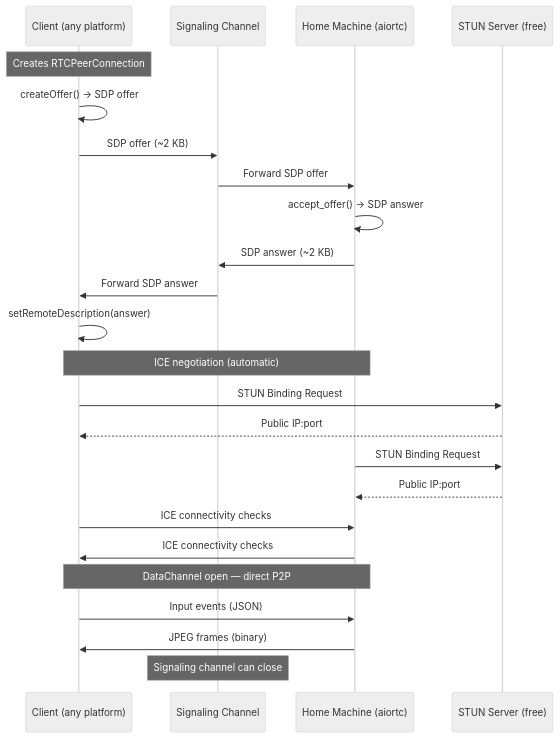
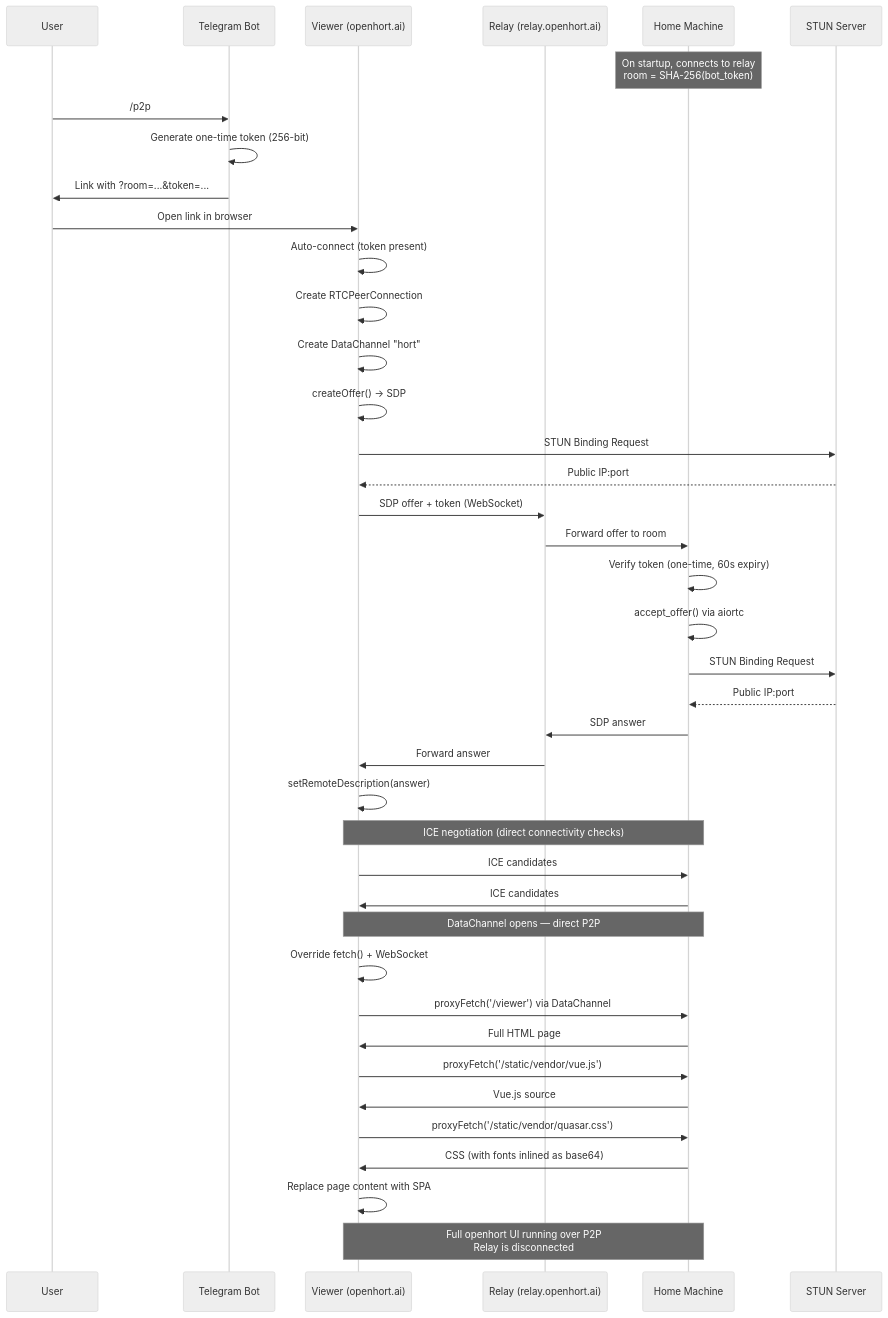
The second of 7 diagrams in docs/coding/peer2peer.md (openhort/openhort), drawn with Mermaid (neutral theme) before and after one commit. The commit also changed other lines of this file and 10 other files, not shown here.

````diff
--- a/docs/coding/peer2peer.md
+++ b/docs/coding/peer2peer.md
@@ -50,27 +69,50 @@
 ```mermaid
 sequenceDiagram
-    participant C as Client (any platform)
-    participant T as Signaling Channel
-    participant H as Home Machine (aiortc)
-    participant S as STUN Server (free)
+    participant U as User
+    participant TG as Telegram Bot
+    participant V as Viewer (openhort.ai)
+    participant R as Relay (relay.openhort.ai)
+    participant H as Home Machine
+    participant S as STUN Server
 
-    Note over C: Creates RTCPeerConnection
-    C->>C: createOffer() → SDP offer
-    C->>T: SDP offer (~2 KB)
-    T->>H: Forward SDP offer
-    H->>H: accept_offer() → SDP answer
-    H->>T: SDP answer (~2 KB)
-    T->>C: Forward SDP answer
-    C->>C: setRemoteDescription(answer)
-    Note over C,H: ICE negotiation (automatic)
-    C->>S: STUN Binding Request
-    S-->>C: Public IP:port
+    Note over H: On startup, connects to relay<br/>room = SHA-256(bot_token)
+
+    U->>TG: /p2p
+    TG->>TG: Generate one-time token (256-bit)
+    TG->>U: Link with ?room=...&token=...
+
+    U->>V: Open link in browser
+    V->>V: Auto-connect (token present)
+    V->>V: Create RTCPeerConnection
+    V->>V: Create DataChannel "hort"
+    V->>V: createOffer() → SDP
+    V->>S: STUN Binding Request
+    S-->>V: Public IP:port
+    V->>R: SDP offer + token (WebSocket)
+
+    R->>H: Forward offer to room
+    H->>H: Verify token (one-time, 60s expiry)
+    H->>H: accept_offer() via aiortc
     H->>S: STUN Binding Request
     S-->>H: Public IP:port
-    C->>H: ICE connectivity checks
-    H->>C: ICE connectivity checks
-    Note over C,H: DataChannel open — direct P2P
-    C->>H: Input events (JSON)
-    H->>C: JPEG frames (binary)
-    Note over T: Signaling channel can close
+    H->>R: SDP answer
+    R->>V: Forward answer
+
+    V->>V: setRemoteDescription(answer)
+    Note over V,H: ICE negotiation (direct connectivity checks)
+    V->>H: ICE candidates
+    H->>V: ICE candidates
+
+    Note over V,H: DataChannel opens — direct P2P
+
+    V->>V: Override fetch() + WebSocket
+    V->>H: proxyFetch('/viewer') via DataChannel
+    H->>V: Full HTML page
+    V->>H: proxyFetch('/static/vendor/vue.js')
+    H->>V: Vue.js source
+    V->>H: proxyFetch('/static/vendor/quasar.css')
+    H->>V: CSS (with fonts inlined as base64)
+    V->>V: Replace page content with SPA
+
+    Note over V,H: Full openhort UI running over P2P<br/>Relay is disconnected
 ```
````
